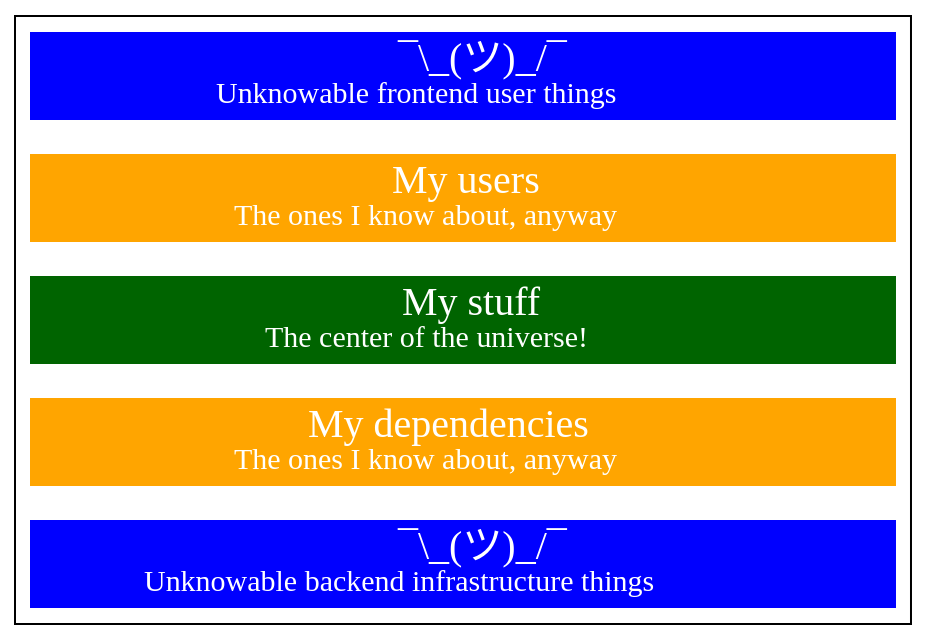
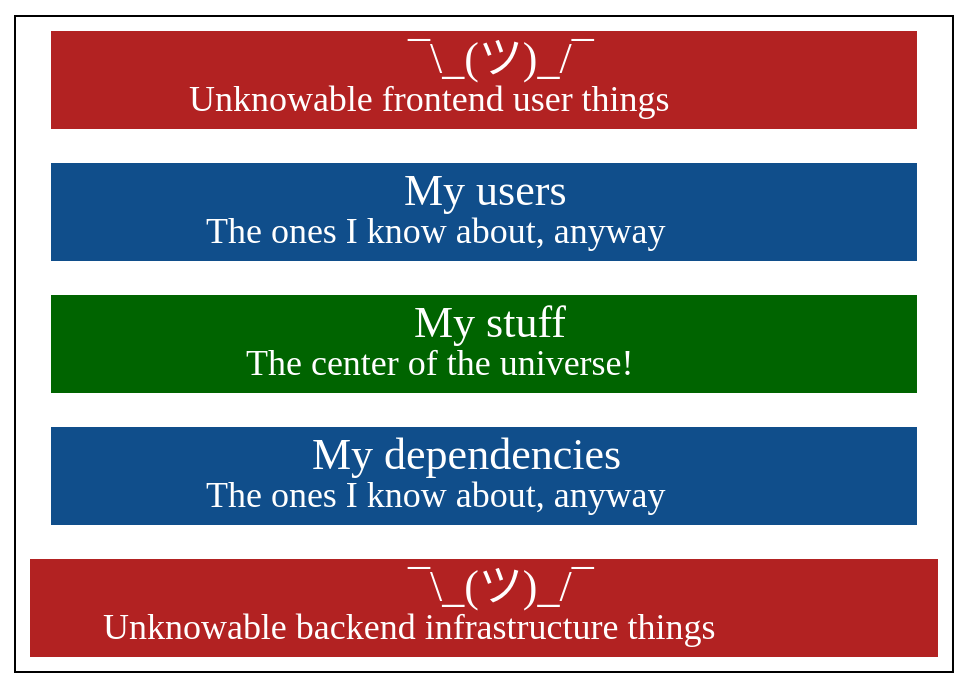
The diagram in stack.dot (whereistanya/graphviz), drawn with Graphviz before and after one commit. The commit also changed 1 other file, not shown here.

```diff
--- a/stack.dot
+++ b/stack.dot
@@ -1,28 +1,28 @@
 digraph Stack {
   bgcolor = transparent
   rankdir = "LR"
 
   subgraph cluster_0 {
     node [style=filled,fontcolor=white,width=6];
-    a0 [shape=rect,color=blue,label=<
-      <FONT POINT-SIZE="20">¯\_(ツ)_/¯</FONT> <br/>
-      <FONT POINT-SIZE="15">Unknowable frontend user things</FONT>
+    a0 [shape=rect,color=firebrick,label=<
+      <FONT POINT-SIZE="22">¯\_(ツ)_/¯</FONT> <br/>
+      <FONT POINT-SIZE="18">Unknowable frontend user things</FONT>
     >];
-    a1 [shape=rect,color=orange,label=<
-      <FONT POINT-SIZE="20">My users</FONT> <br/>
-      <FONT POINT-SIZE="15">The ones I know about, anyway</FONT>
+    a1 [shape=rect,color=dodgerblue4,label=<
+      <FONT POINT-SIZE="22">My users</FONT> <br/>
+      <FONT POINT-SIZE="18">The ones I know about, anyway</FONT>
     >];
     a2 [shape=rect,color=darkgreen,label=<
-      <FONT POINT-SIZE="20">My stuff</FONT> <br/>
-      <FONT POINT-SIZE="15">The center of the universe!</FONT>
+      <FONT POINT-SIZE="22">My stuff</FONT> <br/>
+      <FONT POINT-SIZE="18">The center of the universe!</FONT>
     >];
-    a3 [shape=rect,color=orange,label=<
-      <FONT POINT-SIZE="20">My dependencies</FONT> <br/>
-      <FONT POINT-SIZE="15">The ones I know about, anyway</FONT>
+    a3 [shape=rect,color=dodgerblue4,label=<
+      <FONT POINT-SIZE="22">My dependencies</FONT> <br/>
+      <FONT POINT-SIZE="18">The ones I know about, anyway</FONT>
     >];
-    a4 [shape=rect,color=blue,label=<
-      <FONT POINT-SIZE="20">¯\_(ツ)_/¯</FONT> <br/>
-      <FONT POINT-SIZE="15">Unknowable backend infrastructure things</FONT>
+    a4 [shape=rect,color=firebrick,label=<
+      <FONT POINT-SIZE="22">¯\_(ツ)_/¯</FONT> <br/>
+      <FONT POINT-SIZE="18">Unknowable backend infrastructure things</FONT>
     >];
   }
 }
```
